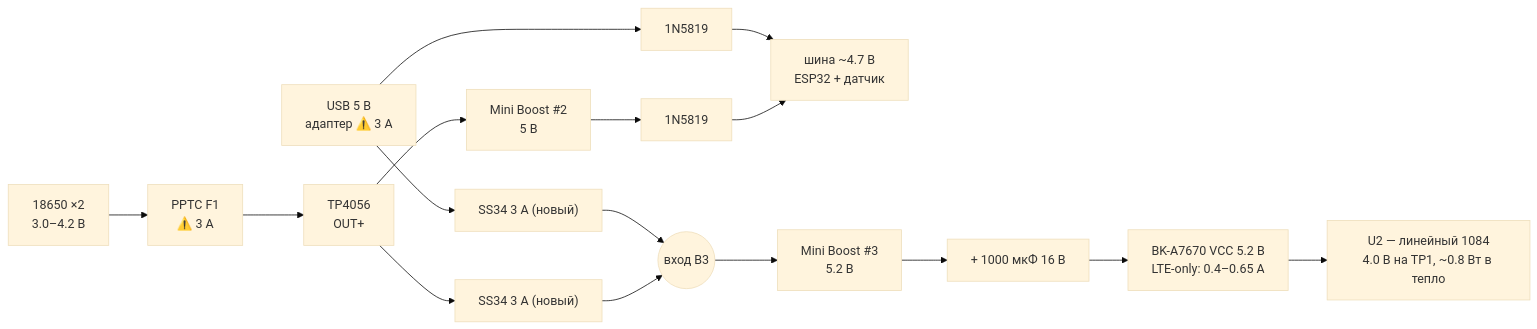
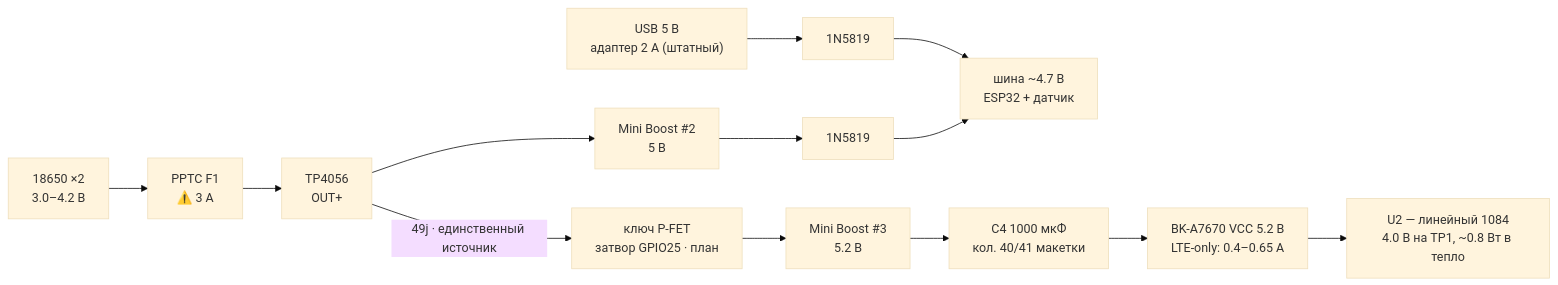
Before and after one commit to temafey/ArduinoWindStation: the first of 2 diagrams in tasks/10-a7670e-4g-gps.md, drawn with Mermaid (base theme). The commit also changed other lines of this file and 2 other files, not shown here.

First line of the commit message:
Компакт-1 переписал закупку: два Шоттки и адаптер 3 А больше не нужны

````diff
--- a/tasks/10-a7670e-4g-gps.md
+++ b/tasks/10-a7670e-4g-gps.md
@@ -487,12 +513,11 @@
 ```mermaid
 flowchart LR
-  USB["USB 5 В<br/>адаптер ⚠️ 3 А"] --> D1["1N5819"] --> RAIL["шина ~4.7 В<br/>ESP32 + датчик"]
-  USB --> D3["SS34 3 А (новый)"] --> B3IN(("вход B3"))
+  USB["USB 5 В<br/>адаптер 2 А (штатный)"] --> D1["1N5819"] --> RAIL["шина ~4.7 В<br/>ESP32 + датчик"]
   BAT["18650 ×2<br/>3.0–4.2 В"] --> F1["PPTC F1<br/>⚠️ 3 А"]
   F1 --> TP["TP4056<br/>OUT+"]
   TP --> B2["Mini Boost #2<br/>5 В"] --> D2["1N5819"] --> RAIL
-  TP --> D4["SS34 3 А (новый)"] --> B3IN
-  B3IN --> B3["Mini Boost #3<br/>5.2 В"]
-  B3 --> CAP["+ 1000 мкФ 16 В"] --> MODEM["BK-A7670 VCC 5.2 В<br/>LTE-only: 0.4–0.65 А"]
+  TP -->|"49j · единственный источник"| SW["ключ P-FET<br/>затвор GPIO25 · план"]
+  SW --> B3["Mini Boost #3<br/>5.2 В"]
+  B3 --> CAP["C4 1000 мкФ<br/>кол. 40/41 макетки"] --> MODEM["BK-A7670 VCC 5.2 В<br/>LTE-only: 0.4–0.65 А"]
   MODEM --> U2["U2 — линейный 1084<br/>4.0 В на TP1, ~0.8 Вт в тепло"]
 ```
````
